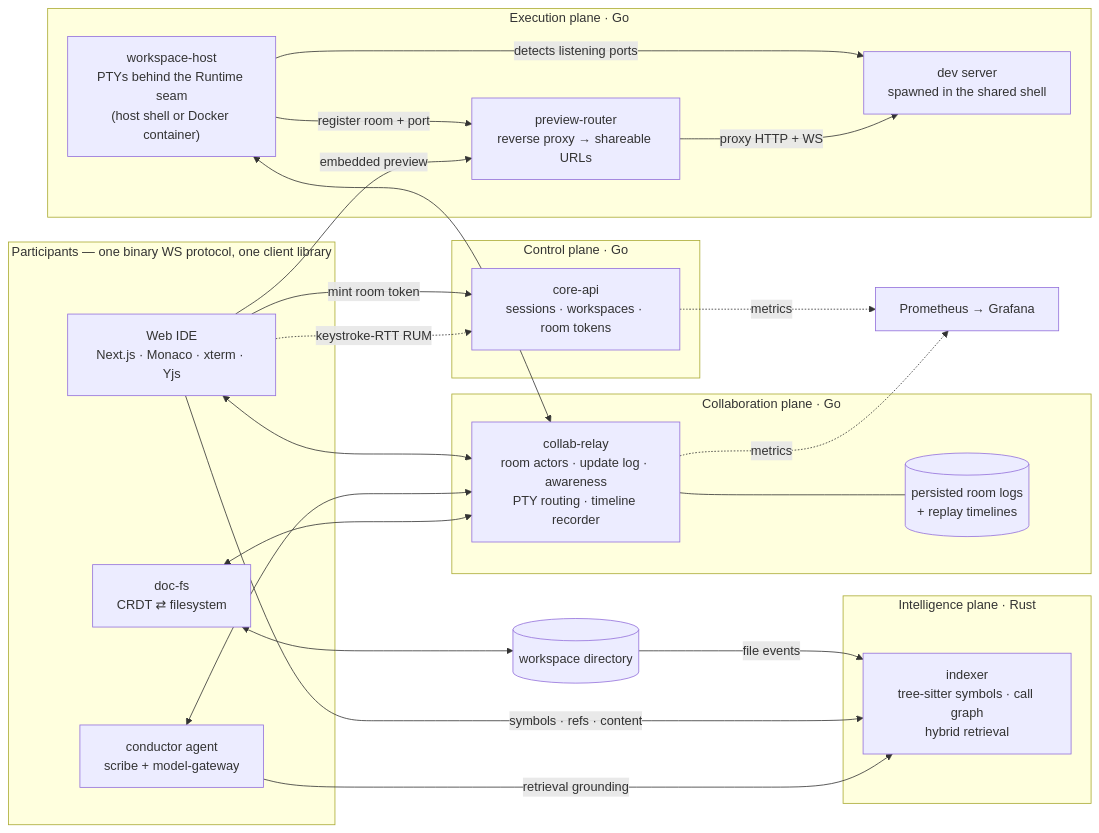
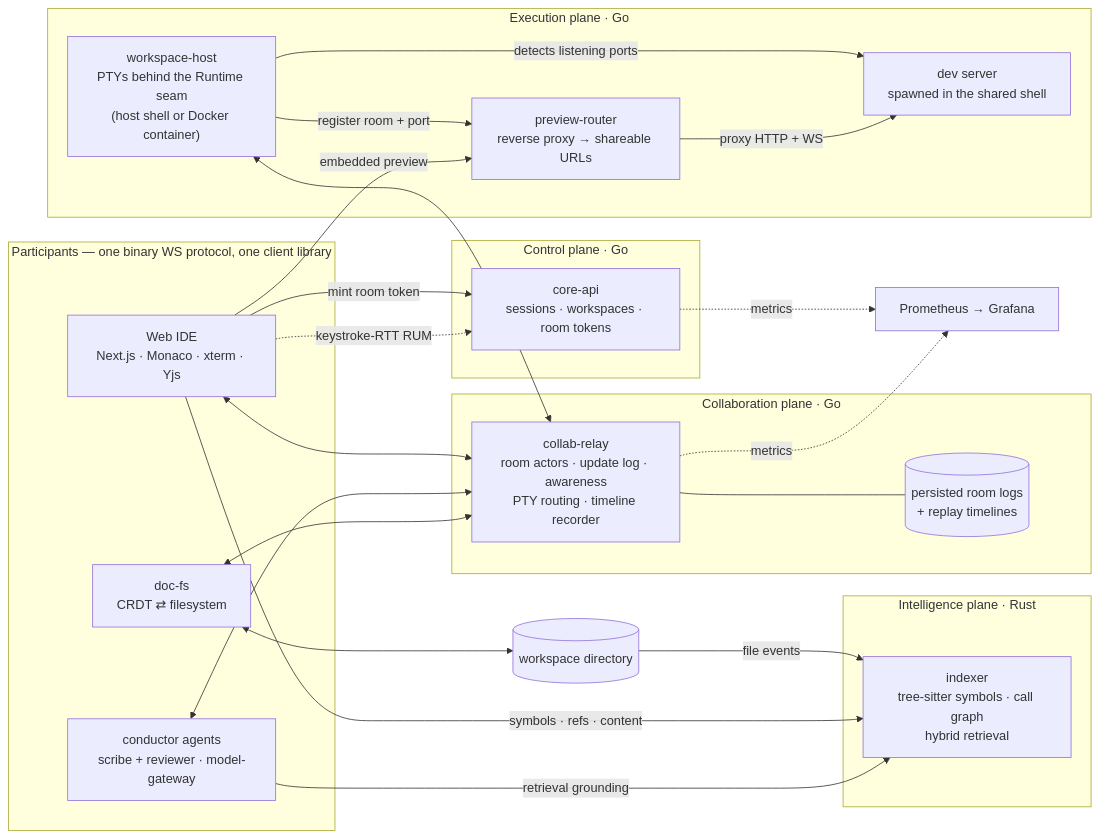
One commit to varunpatil5050/Atelier changed the diagram in README.md. Above: the diagram before and after it, drawn with Mermaid. The commit also changed other lines of this file and 11 other files, not shown here.

````diff
--- a/README.md
+++ b/README.md
@@ -51,48 +52,48 @@
 ```mermaid
 flowchart LR
   subgraph P["Participants — one binary WS protocol, one client library"]
     IDE["Web IDE<br/>Next.js · Monaco · xterm · Yjs"]
-    AGT["conductor agent<br/>scribe + model-gateway"]
+    AGT["conductor agents<br/>scribe + reviewer · model-gateway"]
     DFS["doc-fs<br/>CRDT ⇄ filesystem"]
   end
 
   subgraph C["Collaboration plane · Go"]
     RLY["collab-relay<br/>room actors · update log · awareness<br/>PTY routing · timeline recorder"]
     LOGS[("persisted room logs<br/>+ replay timelines")]
   end
 
   subgraph E["Execution plane · Go"]
     WSH["workspace-host<br/>PTYs behind the Runtime seam<br/>(host shell or Docker container)"]
     DEV["dev server<br/>spawned in the shared shell"]
     PRV["preview-router<br/>reverse proxy → shareable URLs"]
   end
 
   subgraph I["Intelligence plane · Rust"]
     IDX["indexer<br/>tree-sitter symbols · call graph<br/>hybrid retrieval"]
   end
 
   subgraph K["Control plane · Go"]
     API["core-api<br/>sessions · workspaces · room tokens"]
   end
 
   DIR[("workspace directory")]
   OBS["Prometheus → Grafana"]
 
   IDE <--> RLY
   AGT <--> RLY
   DFS <--> RLY
   WSH <--> RLY
   RLY --- LOGS
   DFS <--> DIR
   DIR -->|file events| IDX
   IDE -->|symbols · refs · content| IDX
   AGT -->|retrieval grounding| IDX
   IDE -->|mint room token| API
   WSH -->|detects listening ports| DEV
   WSH -->|register room + port| PRV
   PRV -->|proxy HTTP + WS| DEV
   IDE -->|embedded preview| PRV
   RLY -.->|metrics| OBS
   API -.->|metrics| OBS
   IDE -.->|keystroke-RTT RUM| API
 ```
````
